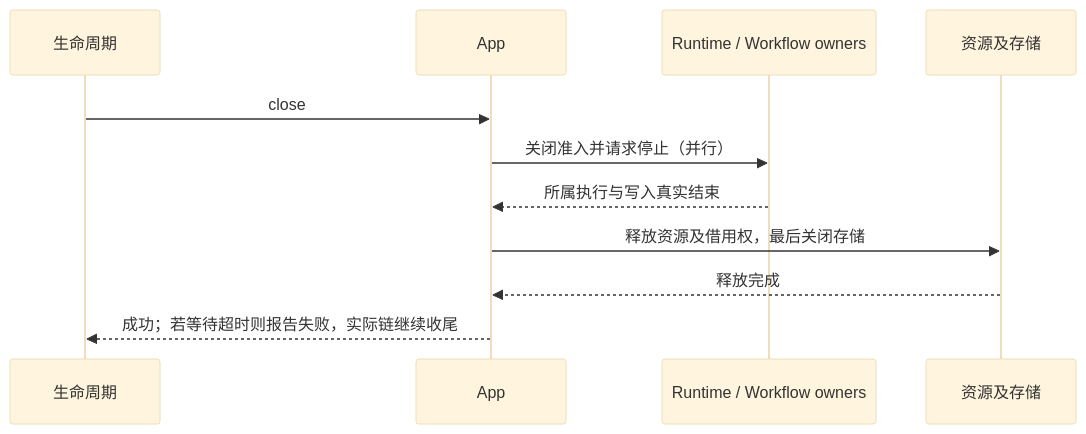
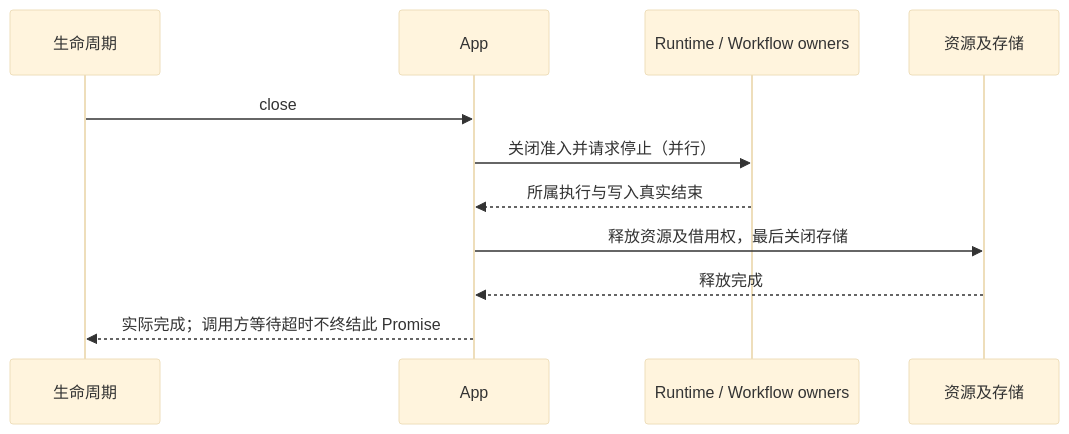
One commit to Bssn520/zcode-cli-plus changed the fourth of 4 diagrams in apps/zcode-cli/docs/design/v2/session-runtime-lifecycle.md. Above: the diagram before and after it, drawn with Mermaid (base theme). The commit also changed other lines of this file and 78 other files, not shown here.

````diff
--- a/apps/zcode-cli/docs/design/v2/session-runtime-lifecycle.md
+++ b/apps/zcode-cli/docs/design/v2/session-runtime-lifecycle.md
@@ -161,13 +161,13 @@
 ```mermaid
 sequenceDiagram
   participant L as 生命周期
   participant A as App
   participant O as Runtime / Workflow owners
   participant R as 资源及存储
   L->>A: close
   A->>O: 关闭准入并请求停止（并行）
   O-->>A: 所属执行与写入真实结束
   A->>R: 释放资源及借用权，最后关闭存储
   R-->>A: 释放完成
-  A-->>L: 成功；若等待超时则报告失败，实际链继续收尾
+  A-->>L: 实际完成；调用方等待超时不终结此 Promise
 ```
````
